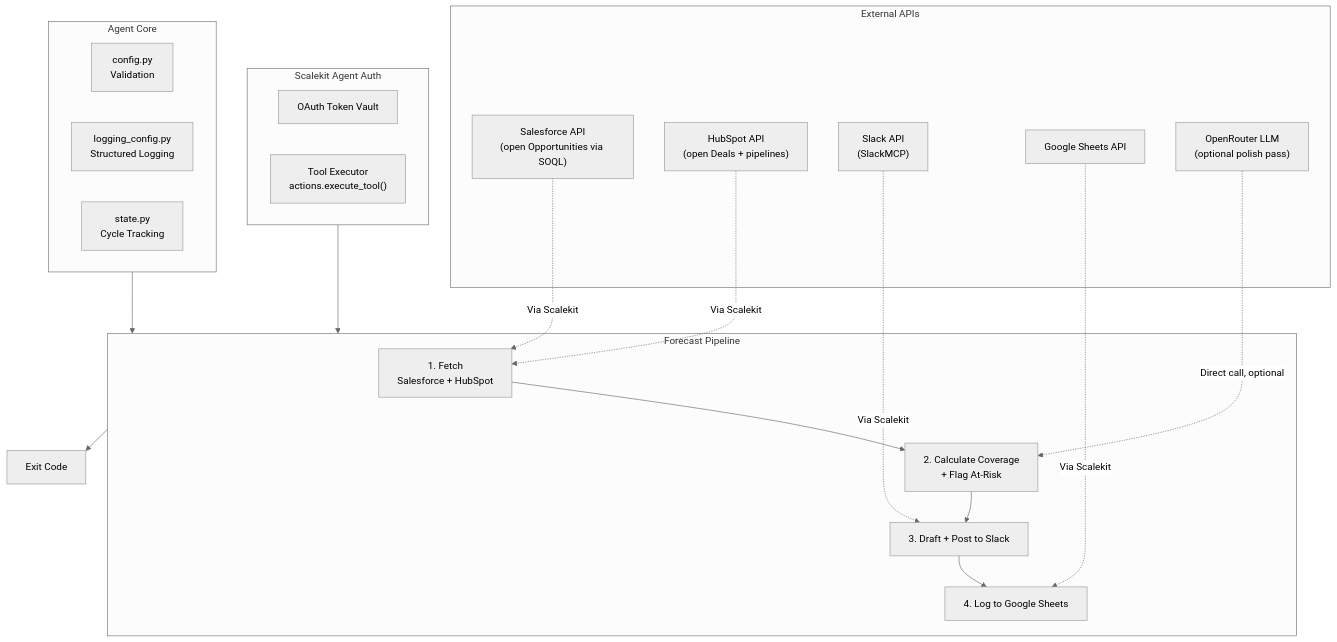
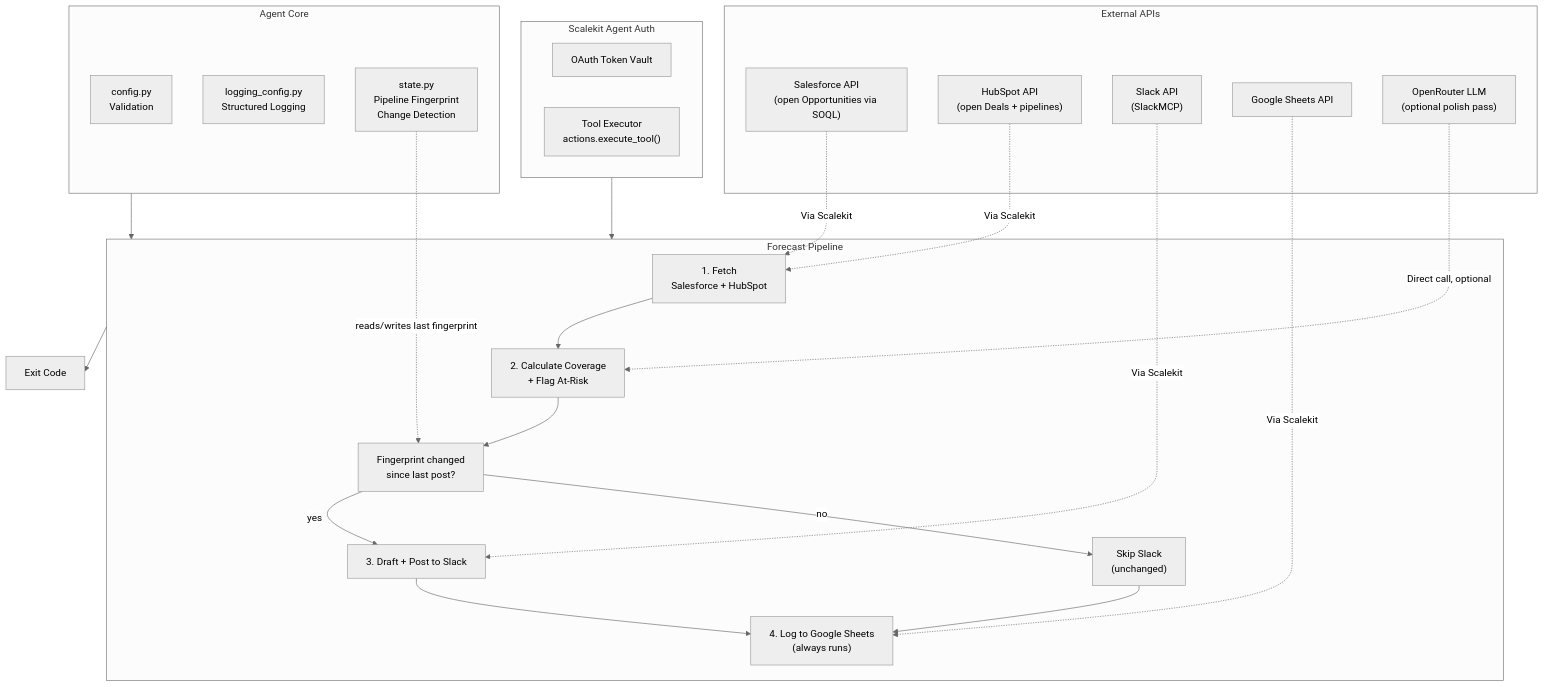
The diagram in revenue-forecast-commentary-agent/README.md (scalekit-developers/workflow-agents-demos), drawn with Mermaid (neutral theme) before and after one commit. The commit also changed other lines of this file and 4 other files, not shown here.

Commit message:
feat: Enhance pipeline change detection and update documentation for Slack posting logic

````diff
--- a/revenue-forecast-commentary-agent/README.md
+++ b/revenue-forecast-commentary-agent/README.md
@@ -24,41 +24,47 @@
 ```mermaid
 graph TB
     subgraph External["External APIs"]
         SF["Salesforce API<br/>(open Opportunities via SOQL)"]
         HS["HubSpot API<br/>(open Deals + pipelines)"]
         SL["Slack API<br/>(SlackMCP)"]
         GS["Google Sheets API"]
         LLM["OpenRouter LLM<br/>(optional polish pass)"]
     end
 
     subgraph Scalekit["Scalekit Agent Auth"]
         OAUTH["OAuth Token Vault"]
         TOOLS["Tool Executor<br/>actions.execute_tool()"]
     end
 
     subgraph Core["Agent Core"]
         CONFIG["config.py<br/>Validation"]
         LOGGING["logging_config.py<br/>Structured Logging"]
-        STATE["state.py<br/>Cycle Tracking"]
+        STATE["state.py<br/>Pipeline Fingerprint<br/>Change Detection"]
     end
 
     subgraph Pipeline["Forecast Pipeline"]
         F["1. Fetch<br/>Salesforce + HubSpot"]
         AGG["2. Calculate Coverage<br/>+ Flag At-Risk"]
+        FP["Fingerprint changed<br/>since last post?"]
         W["3. Draft + Post to Slack"]
-        D["4. Log to Google Sheets"]
+        SKIP["Skip Slack<br/>(unchanged)"]
+        D["4. Log to Google Sheets<br/>(always runs)"]
     end
 
     SF -.->|Via Scalekit| F
     HS -.->|Via Scalekit| F
     F --> AGG
     LLM -.->|Direct call, optional| AGG
-    AGG --> W
+    AGG --> FP
+    STATE -.->|reads/writes last fingerprint| FP
+    FP -->|yes| W
+    FP -->|no| SKIP
     SL -.->|Via Scalekit| W
     W --> D
+    SKIP --> D
     GS -.->|Via Scalekit| D
 
     Scalekit --> Pipeline
     Core --> Pipeline
     Pipeline --> Output["Exit Code"]
 ```
````
